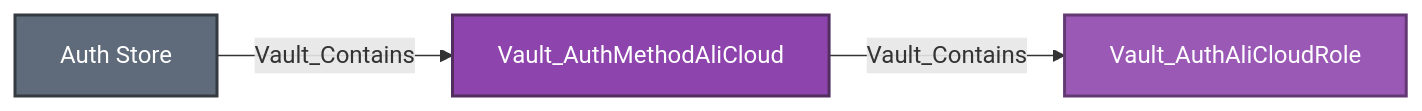
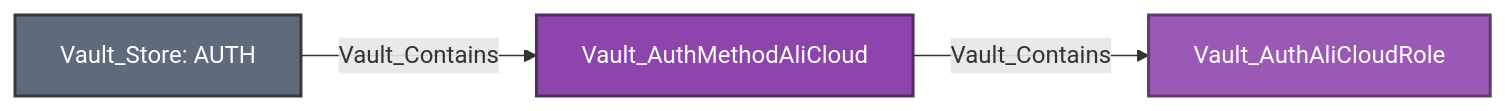
Before and after one commit to bytewreck/opengraph-vault: the fifth of 28 diagrams in Documentation/stores/AUTH.md, drawn with Mermaid. The commit also changed other lines of this file, not shown here.

````diff
--- a/Documentation/stores/AUTH.md
+++ b/Documentation/stores/AUTH.md
@@ -215,9 +215,9 @@
 ```mermaid
 flowchart LR
-    store[Auth Store]:::storeNode -->|Vault_Contains| method[Vault_AuthMethodAliCloud]:::authMethodNode
+    store[Vault_Store: AUTH]:::storeNode -->|Vault_Contains| method[Vault_AuthMethodAliCloud]:::authMethodNode
     method -->|Vault_Contains| role[Vault_AuthAliCloudRole]:::authRoleNode
 
     classDef storeNode fill:#5F6B7A,color:#fff,stroke:#343A40,stroke-width:2px
     classDef authMethodNode fill:#8E44AD,color:#fff,stroke:#512E5F,stroke-width:2px
     classDef authRoleNode fill:#9B59B6,color:#fff,stroke:#633974,stroke-width:2px
 ```
````
